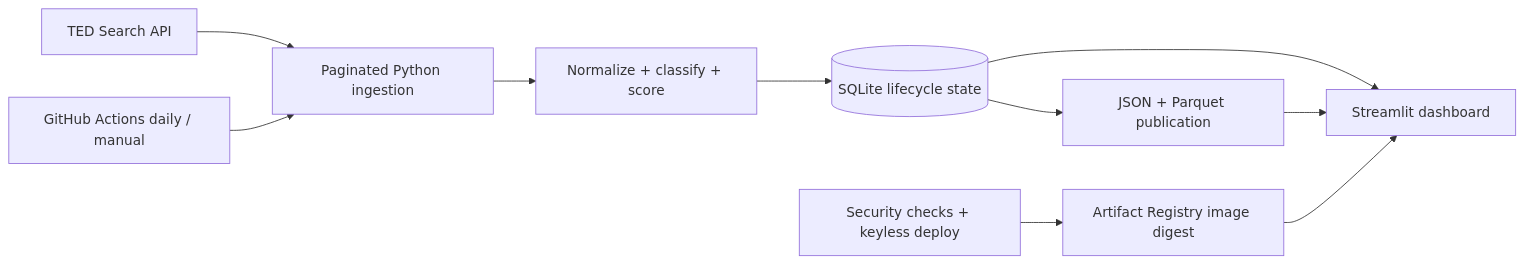
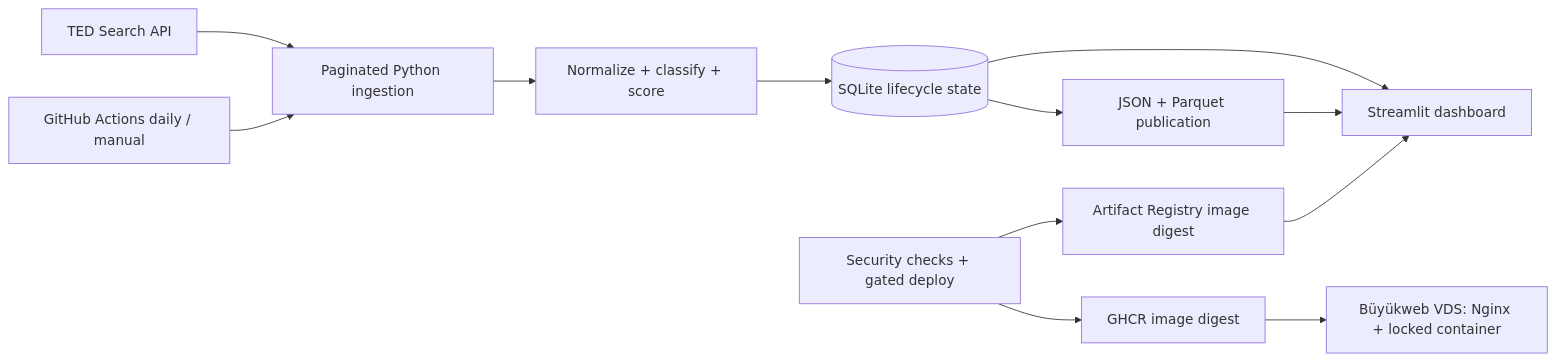
Before and after one commit to civanft/ai-tender-intelligence: the diagram in README.md, drawn with Mermaid. The commit also changed other lines of this file and 36 other files, not shown here.

````diff
--- a/README.md
+++ b/README.md
@@ -30,12 +31,14 @@
 ```mermaid
 flowchart LR
     A[TED Search API] --> B[Paginated Python ingestion]
     B --> C[Normalize + classify + score]
     C --> D[(SQLite lifecycle state)]
     D --> E[JSON + Parquet publication]
     D --> F[Streamlit dashboard]
     E --> F
     G[GitHub Actions daily / manual] --> B
-    H[Security checks + keyless deploy] --> I[Artifact Registry image digest]
+    H[Security checks + gated deploy] --> I[Artifact Registry image digest]
     I --> F
+    H --> J[GHCR image digest]
+    J --> K[Büyükweb VDS: Nginx + locked container]
 ```
````
